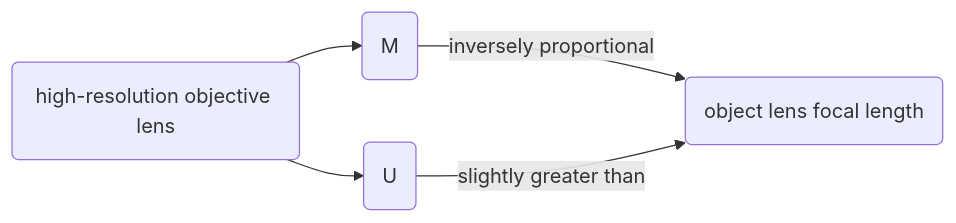
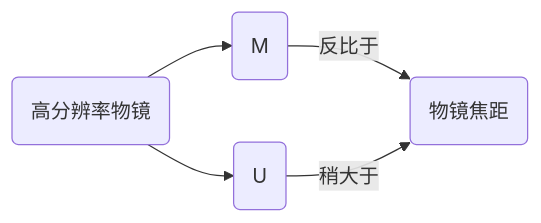
One commit to zququ/zququ.github.io changed the seventh of 8 diagrams in _posts/2022-04-04-electron-optics.md. Above: the diagram before and after it, drawn with Mermaid. The commit also changed other lines of this file, not shown here.

````diff
--- a/_posts/2022-04-04-electron-optics.md
+++ b/_posts/2022-04-04-electron-optics.md
@@ -292,5 +286,5 @@
 ```mermaid!
 graph LR
-	E(high-resolution objective lens) -->A(M) --> |inversely proportional| B(object lens focal length)
-	E --> C(U) --> |slightly greater than| B
+	E(高分辨率物镜) -->A(M) --> |反比于| B(物镜焦距)
+	E --> C(U) --> |稍大于| B
 ```
````
